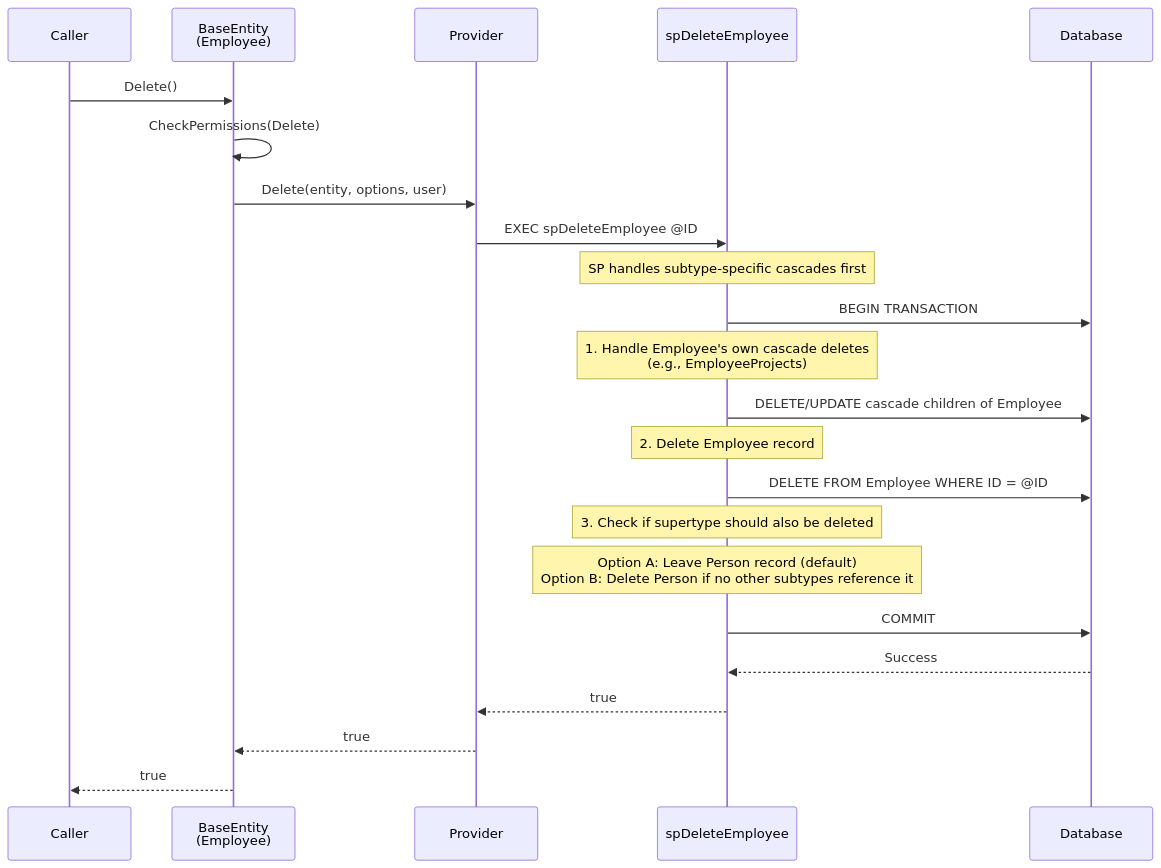
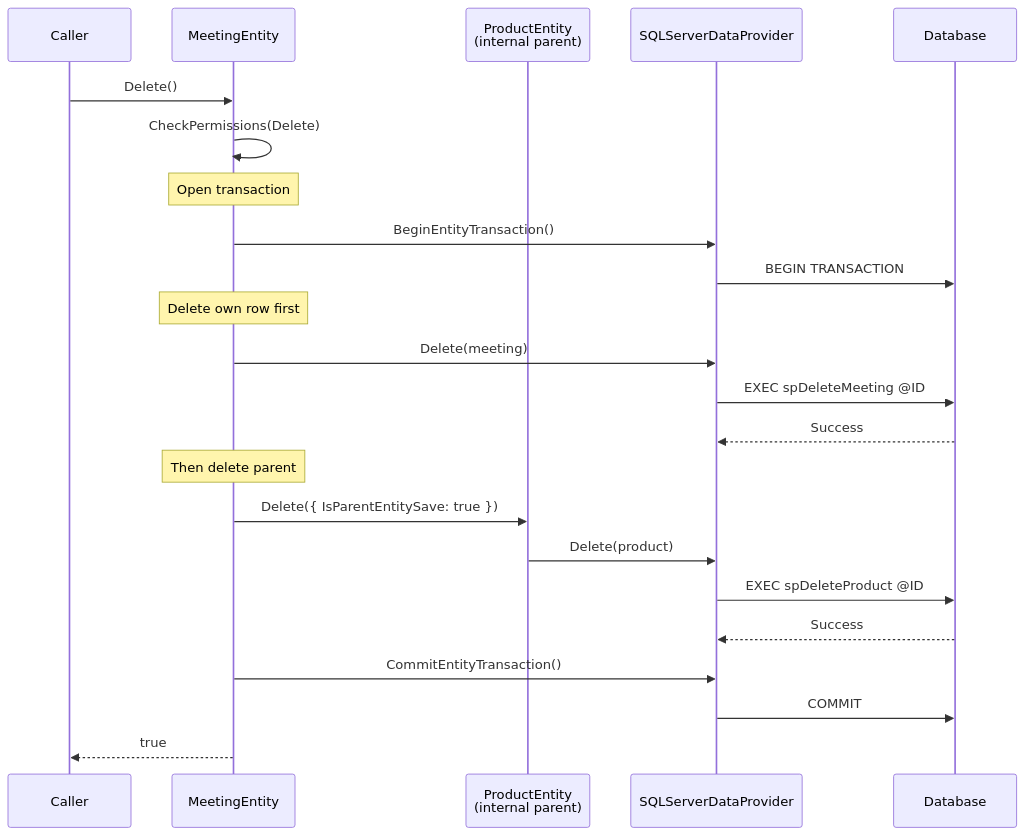
The eighth of 10 diagrams in plans/entity-system-enhancements-virtual-and-supertype.md (MemberJunction/MJ), drawn with Mermaid before and after one commit. The commit also changed other lines of this file, not shown here.

First line of the commit message:
Comprehensive revision: ORM composition, ParentID reuse, client/server orchestration

````diff
--- a/plans/entity-system-enhancements-virtual-and-supertype.md
+++ b/plans/entity-system-enhancements-virtual-and-supertype.md
@@ -545,34 +959,31 @@
 ```mermaid
 sequenceDiagram
     participant Caller
-    participant EmployeeEntity as BaseEntity<br/>(Employee)
-    participant Provider
-    participant spDelete as spDeleteEmployee
+    participant Meeting as MeetingEntity
+    participant Product as ProductEntity<br/>(internal parent)
+    participant Provider as SQLServerDataProvider
     participant DB as Database
 
-    Caller->>EmployeeEntity: Delete()
-    EmployeeEntity->>EmployeeEntity: CheckPermissions(Delete)
-    EmployeeEntity->>Provider: Delete(entity, options, user)
+    Caller->>Meeting: Delete()
+    Meeting->>Meeting: CheckPermissions(Delete)
 
-    Provider->>spDelete: EXEC spDeleteEmployee @ID
+    Note over Meeting: Open transaction
+    Meeting->>Provider: BeginEntityTransaction()
+    Provider->>DB: BEGIN TRANSACTION
 
-    Note over spDelete: SP handles subtype-specific cascades first
+    Note over Meeting: Delete own row first
+    Meeting->>Provider: Delete(meeting)
+    Provider->>DB: EXEC spDeleteMeeting @ID
+    DB-->>Provider: Success
 
-    spDelete->>DB: BEGIN TRANSACTION
+    Note over Meeting: Then delete parent
+    Meeting->>Product: Delete({ IsParentEntitySave: true })
+    Product->>Provider: Delete(product)
+    Provider->>DB: EXEC spDeleteProduct @ID
+    DB-->>Provider: Success
 
-    Note over spDelete: 1. Handle Employee's own cascade deletes<br/>(e.g., EmployeeProjects)
-    spDelete->>DB: DELETE/UPDATE cascade children of Employee
+    Meeting->>Provider: CommitEntityTransaction()
+    Provider->>DB: COMMIT
 
-    Note over spDelete: 2. Delete Employee record
-    spDelete->>DB: DELETE FROM Employee WHERE ID = @ID
-
-    Note over spDelete: 3. Check if supertype should also be deleted
-    Note over spDelete: Option A: Leave Person record (default)<br/>Option B: Delete Person if no other subtypes reference it
-
-    spDelete->>DB: COMMIT
-
-    DB-->>spDelete: Success
-    spDelete-->>Provider: true
-    Provider-->>EmployeeEntity: true
-    EmployeeEntity-->>Caller: true
+    Meeting-->>Caller: true
 ```
````
